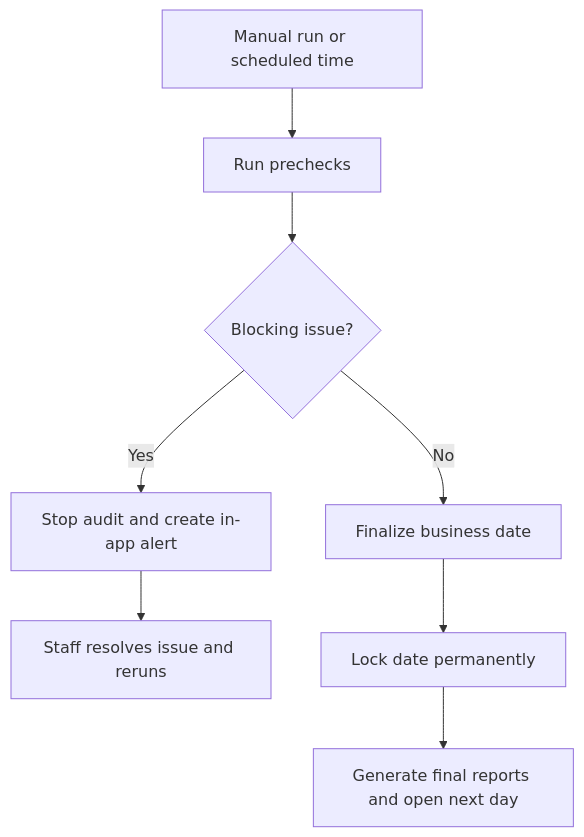
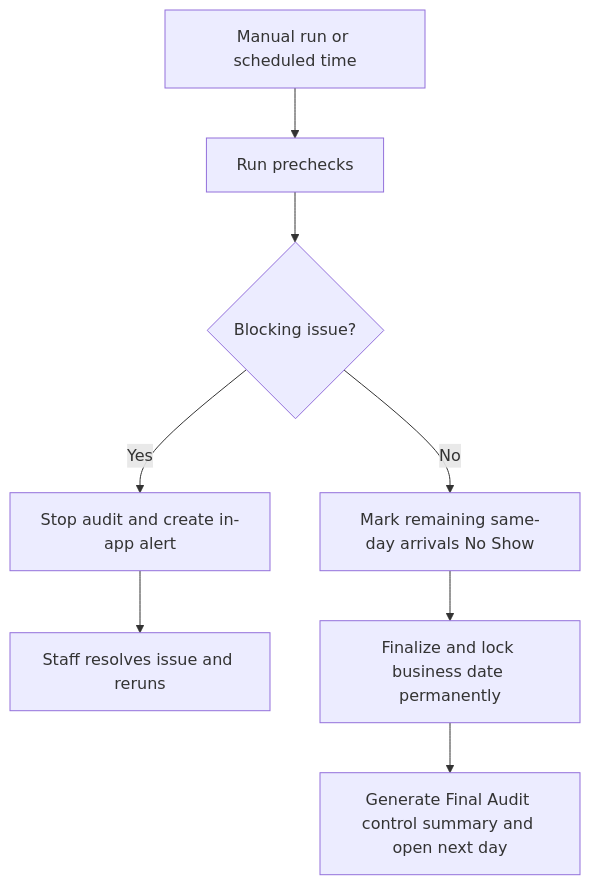
One commit to axellonecommerce-pixel/Hotel-PMS-Backend changed the ninth of 11 diagrams in docs/user-flow.md. Above: the diagram before and after it, drawn with Mermaid. The commit also changed other lines of this file and 22 other files, not shown here.

Commit message:
Add HotelKey-aligned lifecycle reports and audit controls

````diff
--- a/docs/user-flow.md
+++ b/docs/user-flow.md
@@ -153,10 +153,10 @@
 ```mermaid
 flowchart TD
   A[Manual run or scheduled time] --> B[Run prechecks]
   B --> C{Blocking issue?}
   C -->|Yes| D[Stop audit and create in-app alert]
   D --> E[Staff resolves issue and reruns]
-  C -->|No| F[Finalize business date]
-  F --> G[Lock date permanently]
-  G --> H[Generate final reports and open next day]
+  C -->|No| F[Mark remaining same-day arrivals No Show]
+  F --> G[Finalize and lock business date permanently]
+  G --> H[Generate Final Audit control summary and open next day]
 ```
````
